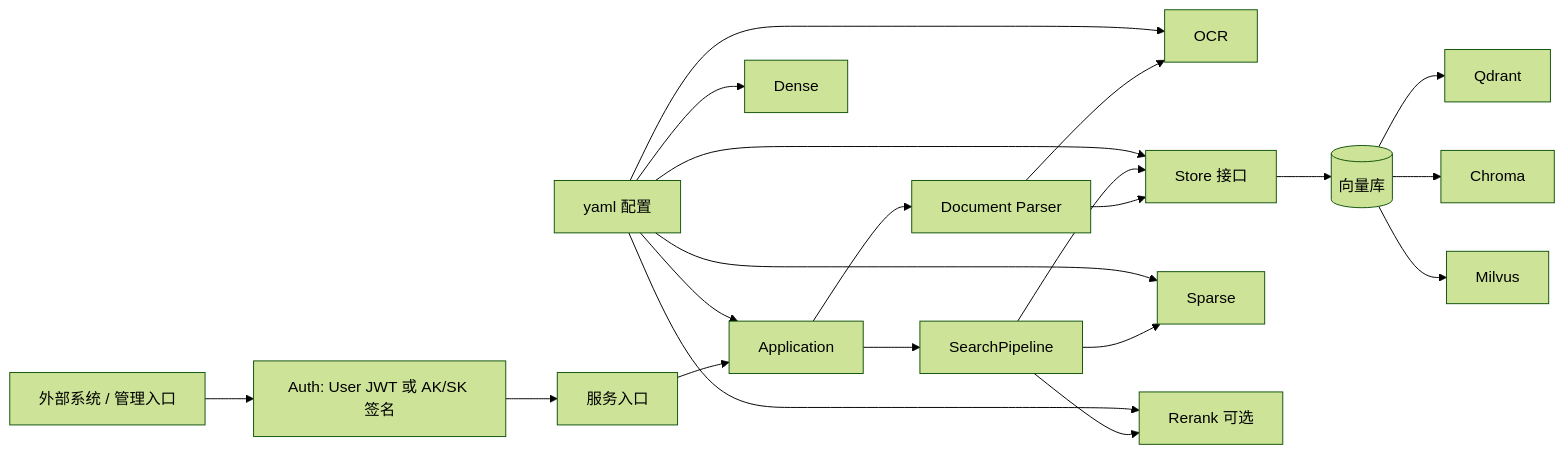
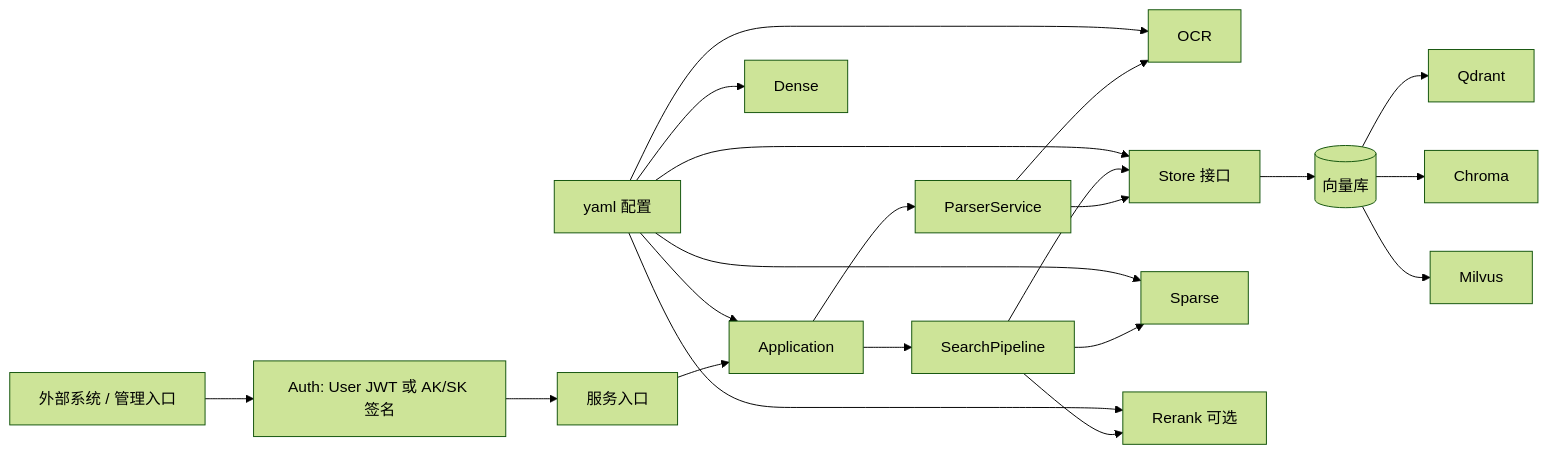
Before and after one commit to guobinqiu/new_brain: the first of 6 diagrams in docs/architecture.md, drawn with Mermaid (forest theme). The commit also changed other lines of this file and 110 other files, not shown here.

````diff
--- a/docs/architecture.md
+++ b/docs/architecture.md
@@ -53,27 +53,27 @@
 ```mermaid
 flowchart LR
   Client["外部系统 / 管理入口"] --> Auth["Auth: User JWT 或 AK/SK 签名"]
   Auth --> Entry["服务入口"]
   Entry --> App["Application"]
   App --> Search["SearchPipeline"]
-  App --> Parser["Document Parser"]
+  App --> Parser["ParserService"]
 
   Parser --> OCR["OCR"]
   Parser --> Store["Store 接口"]
 
   Search --> Store
   Search --> Sparse
   Search --> Rerank["Rerank 可选"]
 
   Store --> DB[("向量库")]
   DB --> Qdrant["Qdrant"]
   DB --> Chroma["Chroma"]
   DB --> Milvus["Milvus"]
 
   Config["yaml 配置"] --> App
   Config --> Dense
   Config --> Sparse
   Config --> Store
   Config --> Rerank
   Config --> OCR
 ```
````
